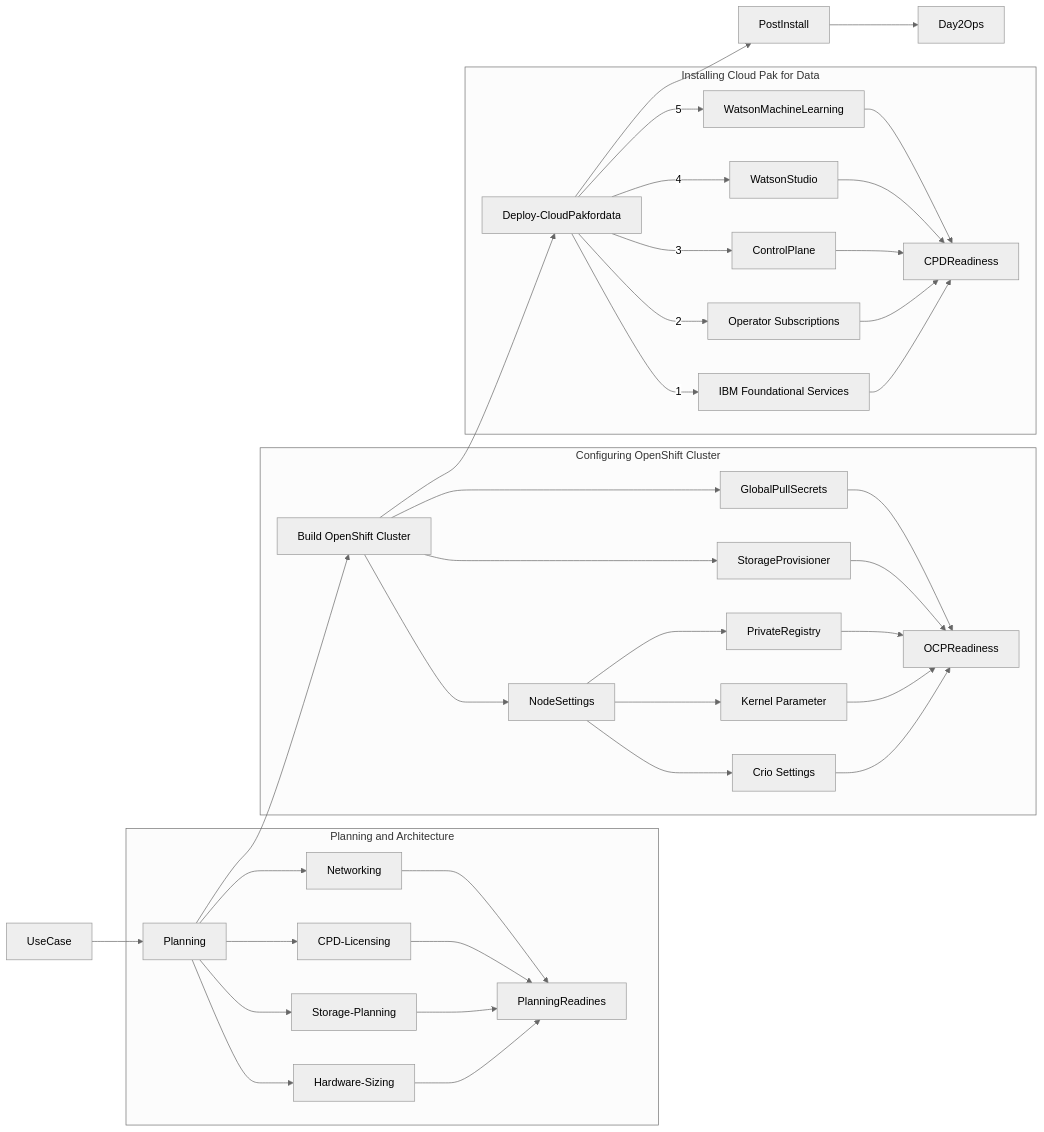
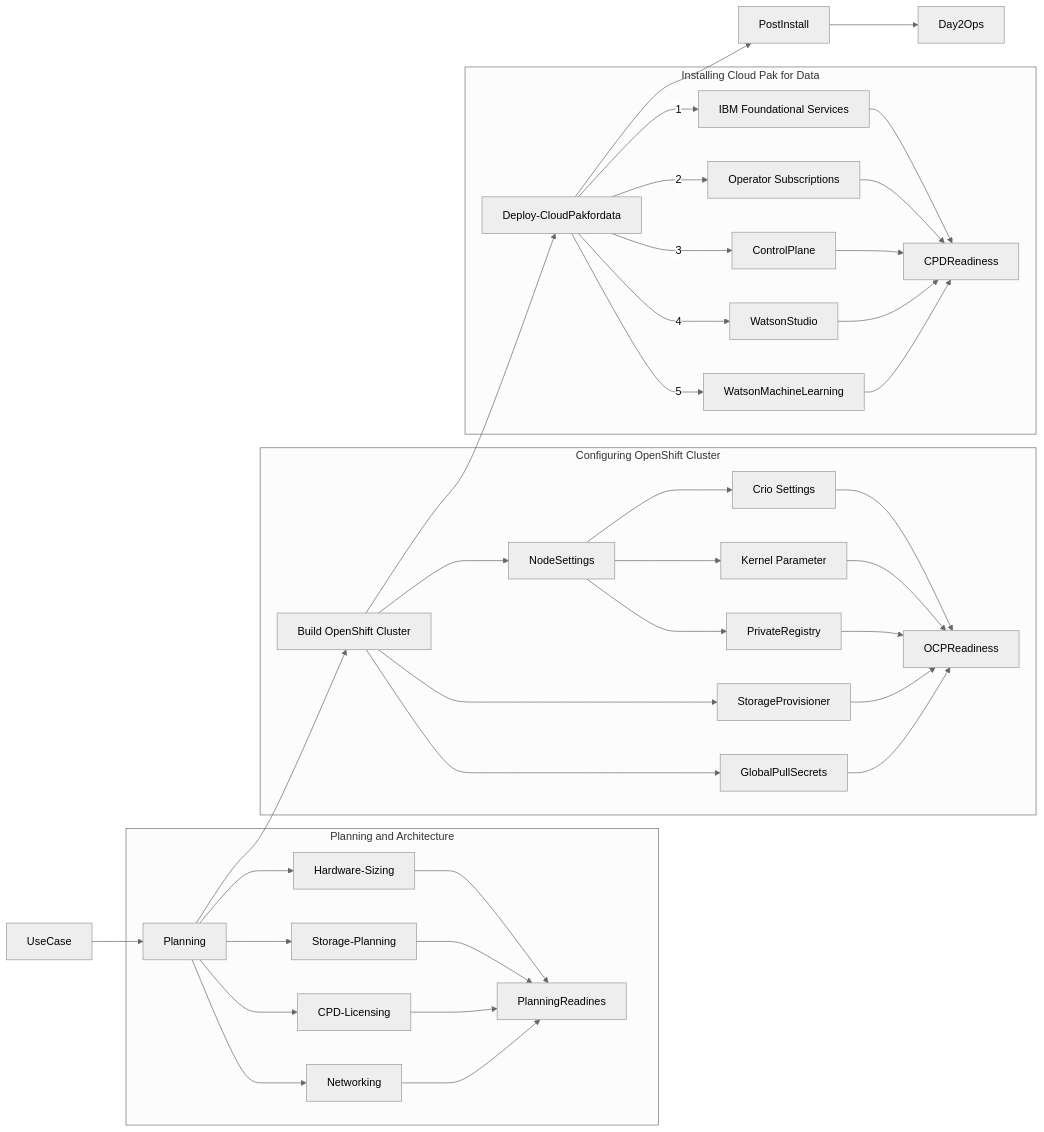
Before and after one commit to ekambaraml/IBM-Cloud-Pak-for-Data: the first of 2 diagrams in cpd45-deployment.md, drawn with Mermaid (neutral theme).

````diff
--- a/cpd45-deployment.md
+++ b/cpd45-deployment.md
@@ -87,48 +87,49 @@
 ```mermaid
 graph LR
+
     UseCase --> Planning
+    Planning --> OpenShift[Build OpenShift Cluster]
+    OpenShift  --> Deploy-CloudPakfordata
+    Deploy-CloudPakfordata --> PostInstall
+    PostInstall-->Day2Ops
+    
     subgraph Architecture[Planning and Architecture]
     Planning --> Hardware-Sizing
     Planning --> Storage-Planning
     Planning --> CPD-Licensing
     Planning -->  Networking
     Hardware-Sizing --> PlanningReadines
     Storage-Planning --> PlanningReadines
     Networking --> PlanningReadines
     CPD-Licensing --> PlanningReadines
     end
-    
-    Planning --> OpenShift[Build OpenShift Cluster]
-
     
     subgraph OCP[Configuring OpenShift Cluster]
     OpenShift --> NodeSettings
     OpenShift --> StorageProvisioner
     OpenShift --> GlobalPullSecrets
     NodeSettings --> CRIO[Crio Settings]
     NodeSettings --> Kernel[Kernel Parameter]
     NodeSettings --> PrivateRegistry
 
     CRIO[Crio Settings] -->OCPReadiness
     Kernel[Kernel Parameter] -->OCPReadiness
     PrivateRegistry  -->OCPReadiness
     GlobalPullSecrets   -->OCPReadiness
     StorageProvisioner   -->OCPReadiness
     end
     
-    OpenShift  --> Deploy-CloudPakfordata
     subgraph OLM[Installing Cloud Pak for Data]
     Deploy-CloudPakfordata -->|1| Foundation[IBM Foundational Services]
     Deploy-CloudPakfordata -->|2| Operators[Operator Subscriptions]
     Deploy-CloudPakfordata -->|3| ControlPlane
     Deploy-CloudPakfordata -->|4| WatsonStudio
     Deploy-CloudPakfordata -->|5| WatsonMachineLearning
     Foundation --> CPDReadiness
     Operators  --> CPDReadiness
     ControlPlane  --> CPDReadiness
     WatsonStudio  --> CPDReadiness
     WatsonMachineLearning  --> CPDReadiness
     end
-    Deploy-CloudPakfordata --> PostInstall
-    PostInstall-->Day2Ops
+
 ```
````
